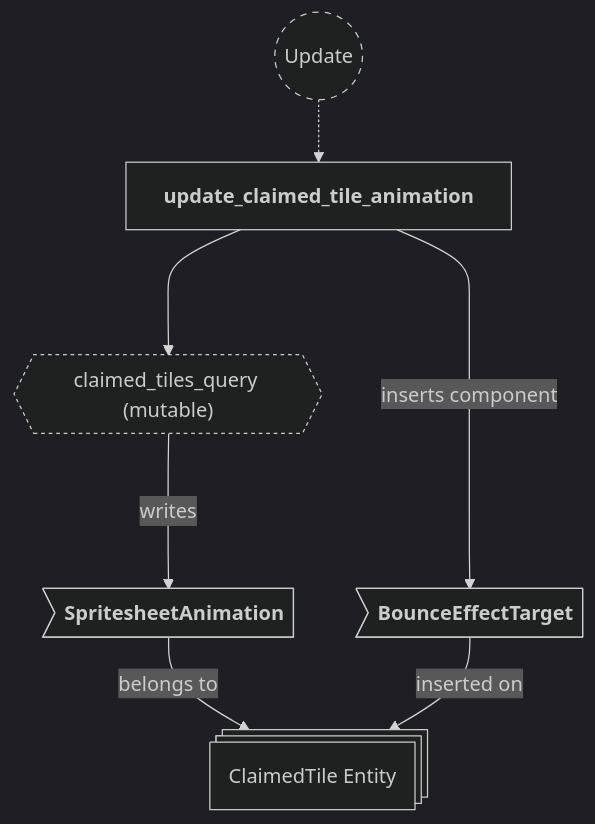
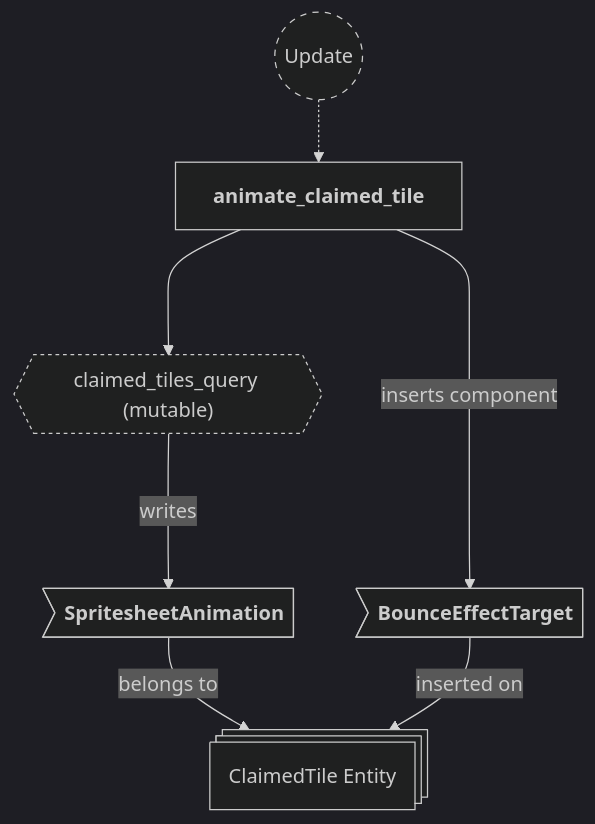
Before and after one commit to neurosoup/tyled: diagram 16 of 24 in backlog/docs/doc-5 - 004-Animations-plugin.md, drawn with Mermaid. The commit also changed other lines of this file and 4 other files, not shown here.

````diff
--- a/backlog/docs/doc-5 - 004-Animations-plugin.md
+++ b/backlog/docs/doc-5 - 004-Animations-plugin.md
@@ -606,29 +606,29 @@
 ```mermaid
 ---
 config:
   theme: dark
 ---
 
 flowchart TD
 classDef system-group stroke-dasharray: 5 5
 classDef query stroke-dasharray: 3 3
 
 update(("`Update`")):::system-group
-update_claimed_tile_animation["`**update_claimed_tile_animation**`"]
+animate_claimed_tile["`**animate_claimed_tile**`"]
 
-update -.-> update_claimed_tile_animation
+update -.-> animate_claimed_tile
 
 claimed_tiles_query{{"`claimed_tiles_query (mutable)`"}}:::query
-update_claimed_tile_animation ---> claimed_tiles_query
+animate_claimed_tile ---> claimed_tiles_query
 
 claimed_tile_entity@{ shape: st-rect, label: "ClaimedTile Entity" }
 
 ct_anim>"`**SpritesheetAnimation**`"]
 ct_bounce_target>"`**BounceEffectTarget**`"]
 
 ct_anim --> |belongs to| claimed_tile_entity
 ct_bounce_target --> |inserted on| claimed_tile_entity
 
 claimed_tiles_query ---> |writes| ct_anim
-update_claimed_tile_animation ---> |inserts component| ct_bounce_target
+animate_claimed_tile ---> |inserts component| ct_bounce_target
 ```
````
